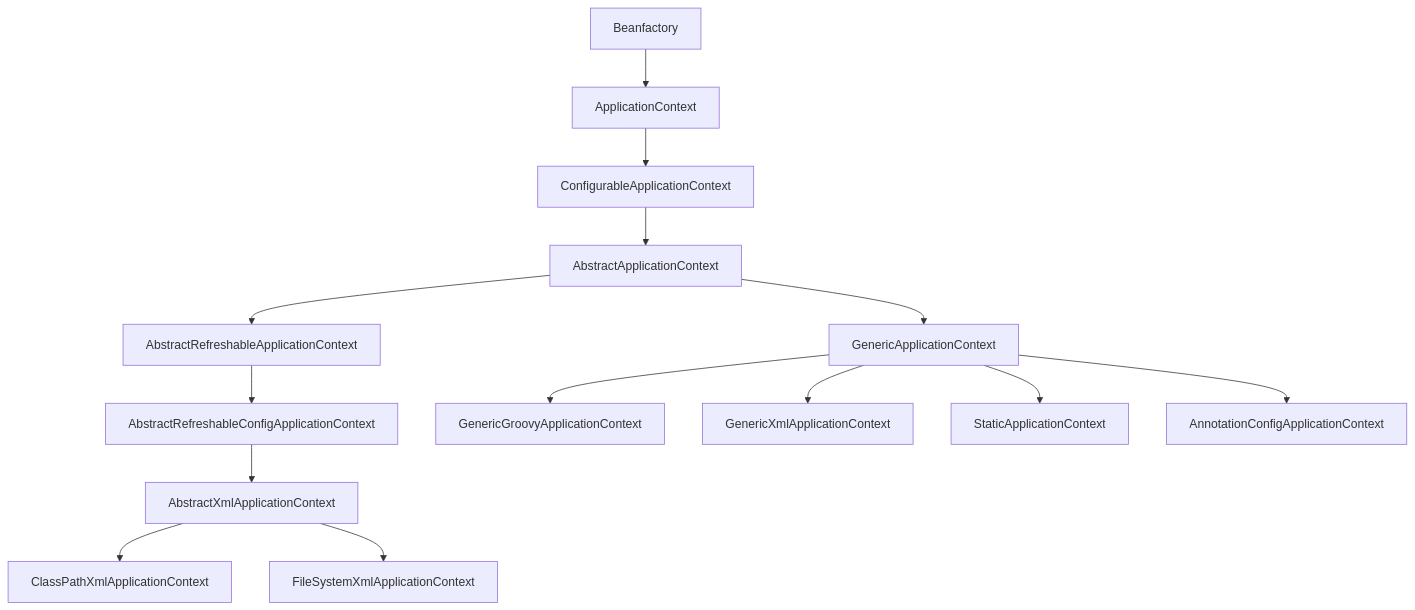
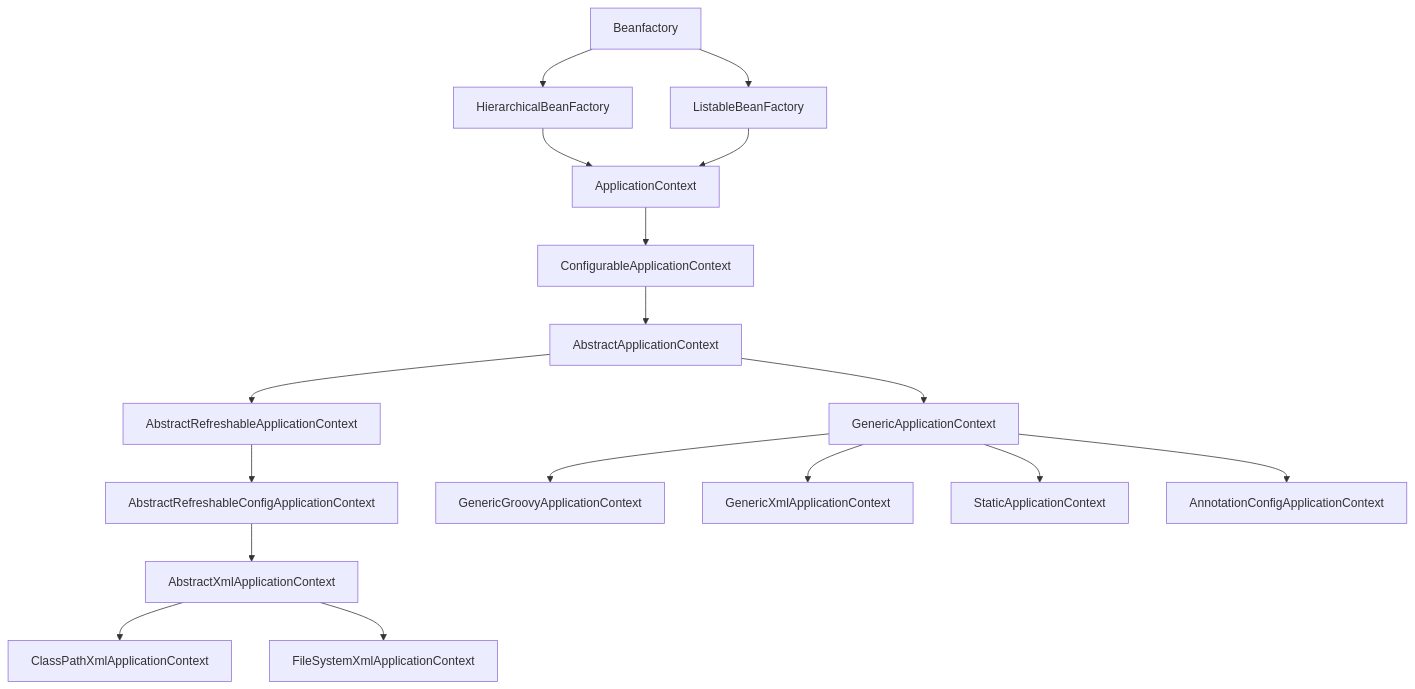
The second of 4 diagrams in yhames/Chapter2.md (spring-for-hitchhiker/spring-study), drawn with Mermaid before and after one commit. The commit also changed other lines of this file and 1 other file, not shown here.

````diff
--- a/yhames/Chapter2.md
+++ b/yhames/Chapter2.md
@@ -192,22 +192,25 @@
 ```mermaid
 graph TD
  
-Beanfactory --> ApplicationContext --> ConfigurableApplicationContext --> AbstractApplicationContext
+Beanfactory --> HierarchicalBeanFactory --> ApplicationContext
+Beanfactory --> ListableBeanFactory --> ApplicationContext
+
+ApplicationContext --> ConfigurableApplicationContext --> AbstractApplicationContext
 
 AbstractApplicationContext -->  AbstractRefreshableApplicationContext --> AbstractRefreshableConfigApplicationContext --> AbstractXmlApplicationContext
  
 AbstractXmlApplicationContext --> ClassPathXmlApplicationContext
 
 AbstractXmlApplicationContext --> FileSystemXmlApplicationContext
  
 
 AbstractApplicationContext --> GenericApplicationContext
 
 GenericApplicationContext --> GenericGroovyApplicationContext
 
 GenericApplicationContext --> GenericXmlApplicationContext
 
 GenericApplicationContext --> StaticApplicationContext
 
 GenericApplicationContext --> AnnotationConfigApplicationContext
 ```
````
